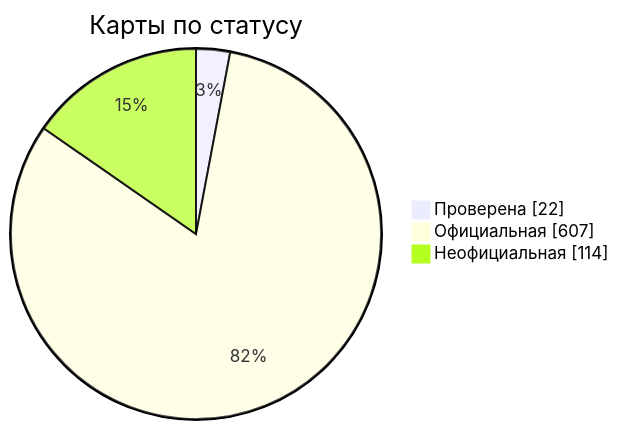
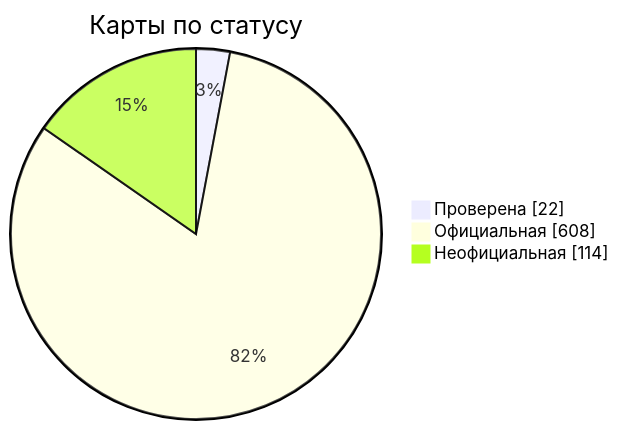
One commit to nobrega8/mbmap-library changed the diagram in docs/readme/README_RU.md. Above: the diagram before and after it, drawn with Mermaid. The commit also changed 6 other files, not shown here.

````diff
--- a/docs/readme/README_RU.md
+++ b/docs/readme/README_RU.md
@@ -54,7 +54,7 @@
 ```mermaid
 pie showData
     title Карты по статусу
     "Проверена" : 22
-    "Официальная" : 607
+    "Официальная" : 608
     "Неофициальная" : 114
 ```
````
